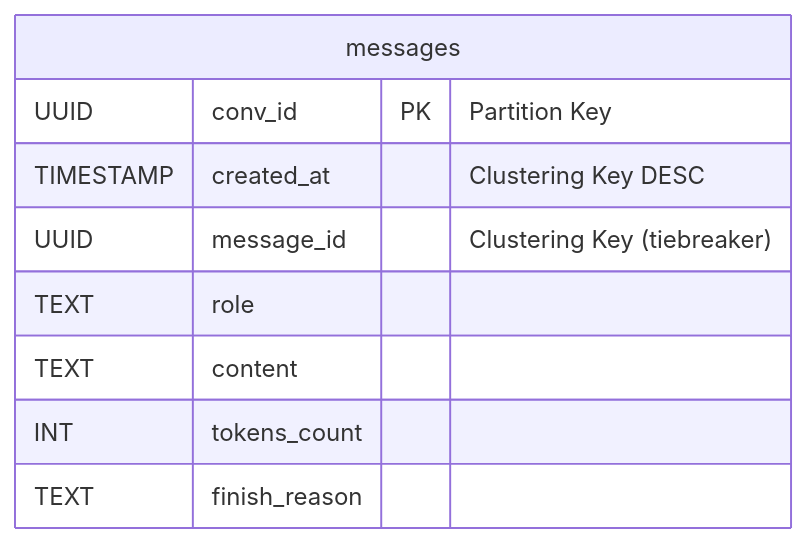
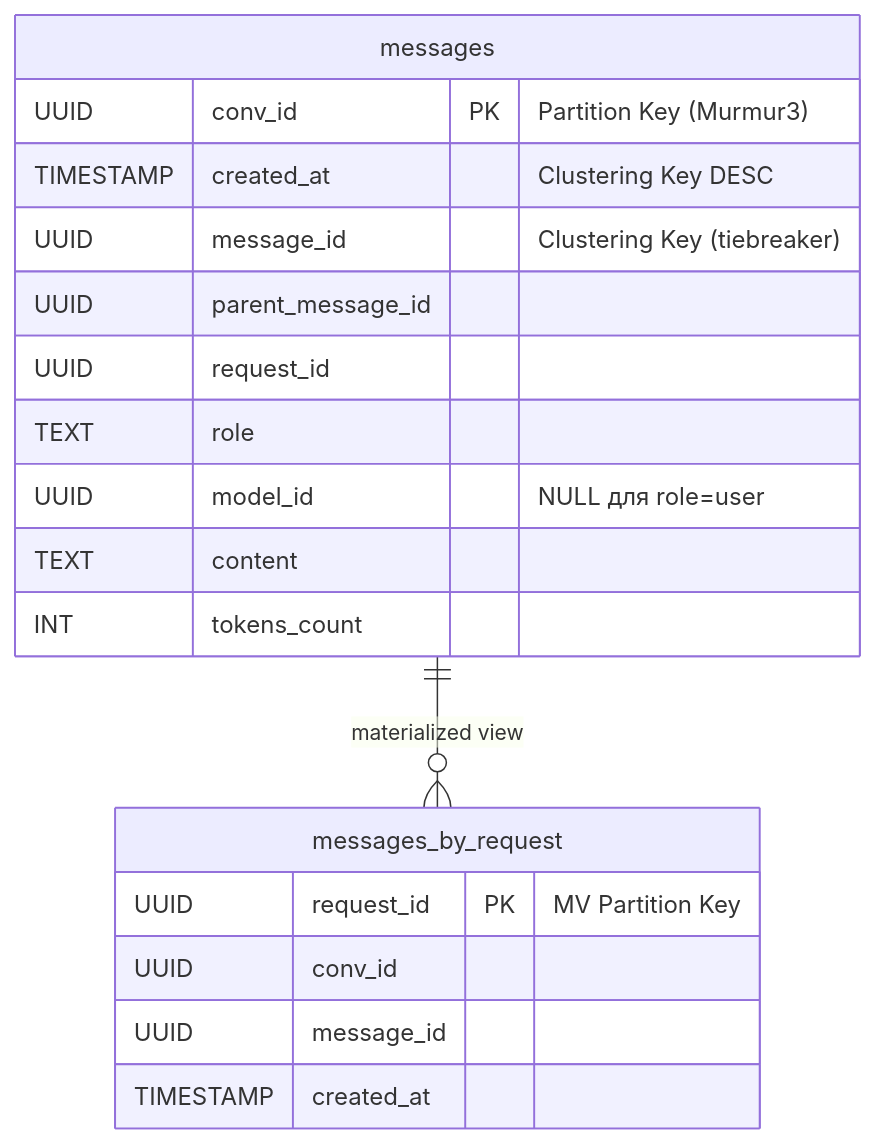
One commit to yaksase/highload_hse changed the fifth of 7 diagrams in README.md. Above: the diagram before and after it, drawn with Mermaid. The commit also changed other lines of this file and 2 other files, not shown here.

````diff
--- a/README.md
+++ b/README.md
@@ -1178,12 +1270,21 @@
 ```mermaid
 erDiagram
     messages {
-        UUID conv_id PK "Partition Key"
+        UUID conv_id PK "Partition Key (Murmur3)"
         TIMESTAMP created_at "Clustering Key DESC"
         UUID message_id "Clustering Key (tiebreaker)"
+        UUID parent_message_id
+        UUID request_id
         TEXT role
+        UUID model_id "NULL для role=user"
         TEXT content
         INT tokens_count
-        TEXT finish_reason
     }
+    messages_by_request {
+        UUID request_id PK "MV Partition Key"
+        UUID conv_id
+        UUID message_id
+        TIMESTAMP created_at
+    }
+    messages ||--o{ messages_by_request : "materialized view"
 ```
````
